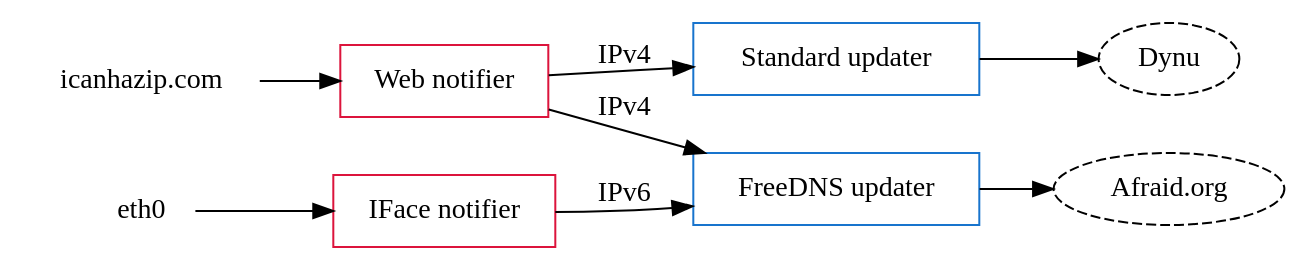
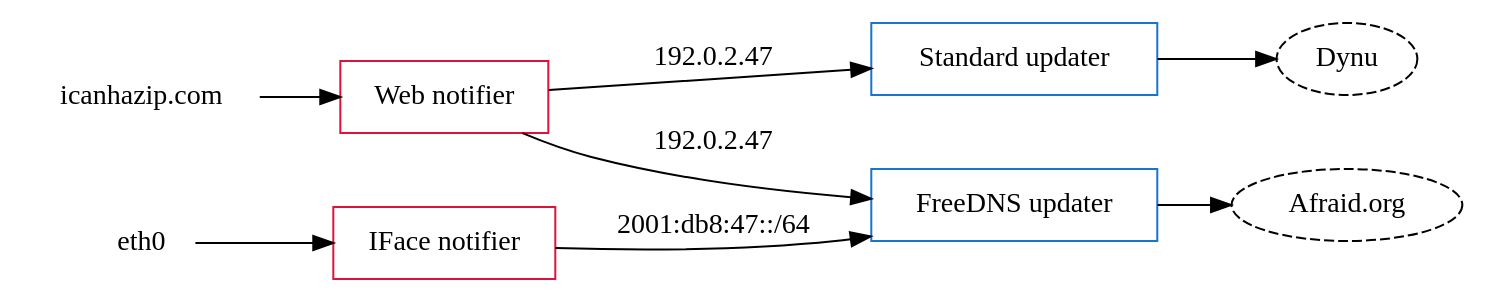
Before and after one commit to dominickpastore/ruddr: the diagram in docs/howitworks.rst, drawn with Graphviz. The commit also changed other lines of this file and 12 other files, not shown here.

```diff
--- a/docs/howitworks.rst
+++ b/docs/howitworks.rst
@@ -14,31 +10,32 @@
 .. graphviz::
     :alt: Example Config
 
     digraph "Example Config" {
         rankdir="LR";
 
         icanhazip [shape=plaintext,label="icanhazip.com"];
         eth0 [shape=plaintext];
 
         node [shape=box,color=crimson];
         notifier4 [label="Web notifier"]
         notifier6 [label="IFace notifier"]
 
         icanhazip -> notifier4;
         eth0 -> notifier6;
 
         node [shape=box,color=dodgerblue3];
         updater1 [label="Standard updater"]
         updater2 [label="FreeDNS updater"]
 
-        edge [label="IPv4"];
+        edge [label="192.0.2.47"];
         notifier4 -> updater1;
+        edge [label="\n192.0.2.47"];
         notifier4 -> updater2;
-        edge [label="IPv6"];
+        edge [label="2001:db8:47::/64"];
         notifier6 -> updater2;
 
         edge [label=""];
         node [shape=oval,style=dashed,color=black];
         updater1 -> "Dynu";
         updater2 -> "Afraid.org";
     }
```
